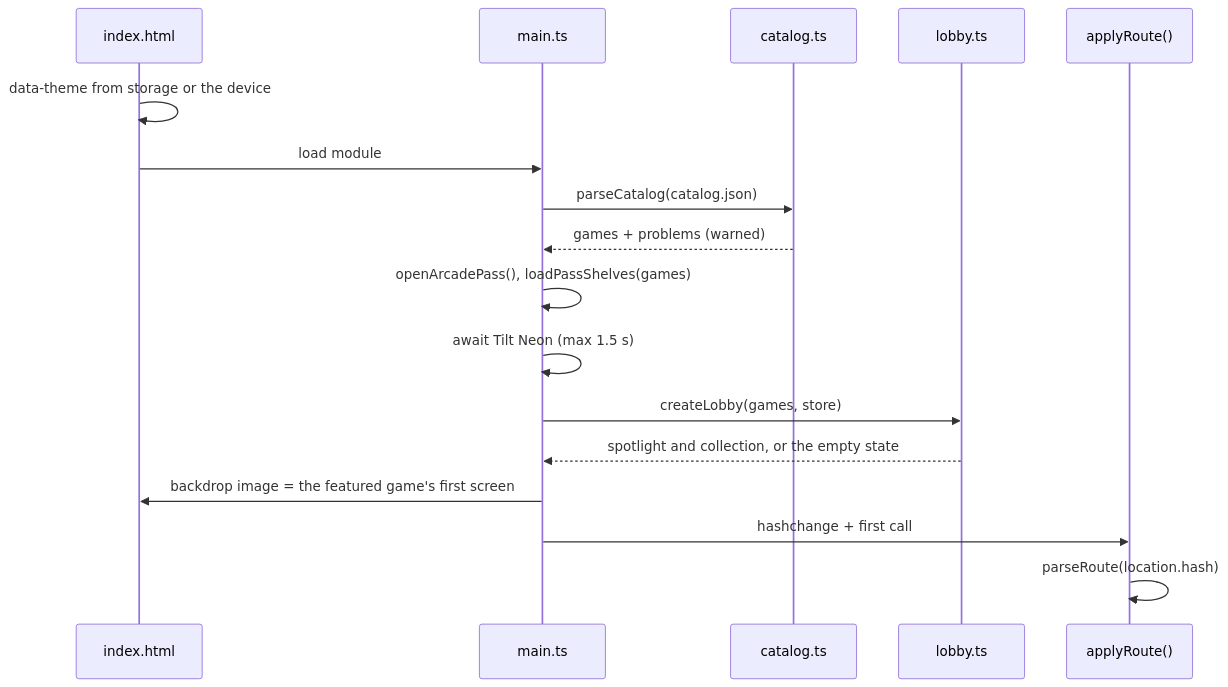
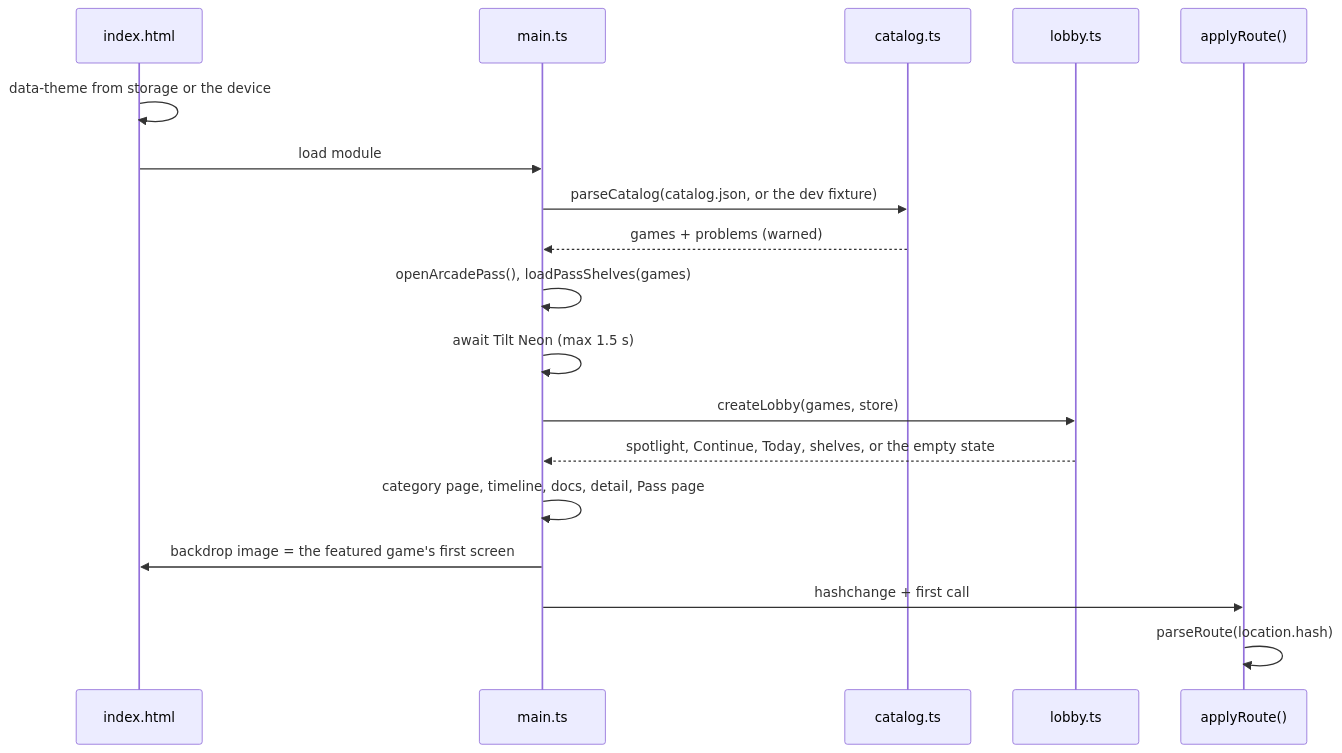
Before and after one commit to agunawijaya/NeoArcade: the third of 8 diagrams in docs/HALL-ARCHITECTURE.md, drawn with Mermaid. The commit also changed other lines of this file and 86 other files, not shown here.

````diff
--- a/docs/HALL-ARCHITECTURE.md
+++ b/docs/HALL-ARCHITECTURE.md
@@ -164,20 +291,21 @@
 ```mermaid
 sequenceDiagram
   participant Page as index.html
   participant Main as main.ts
   participant Catalog as catalog.ts
   participant Lobby as lobby.ts
   participant Router as applyRoute()
 
   Page->>Page: data-theme from storage or the device
   Page->>Main: load module
-  Main->>Catalog: parseCatalog(catalog.json)
+  Main->>Catalog: parseCatalog(catalog.json, or the dev fixture)
   Catalog-->>Main: games + problems (warned)
   Main->>Main: openArcadePass(), loadPassShelves(games)
   Main->>Main: await Tilt Neon (max 1.5 s)
   Main->>Lobby: createLobby(games, store)
-  Lobby-->>Main: spotlight and collection, or the empty state
+  Lobby-->>Main: spotlight, Continue, Today, shelves, or the empty state
+  Main->>Main: category page, timeline, docs, detail, Pass page
   Main->>Page: backdrop image = the featured game's first screen
   Main->>Router: hashchange + first call
   Router->>Router: parseRoute(location.hash)
 ```
````
